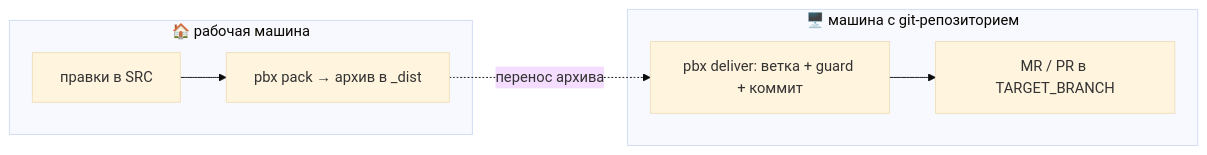
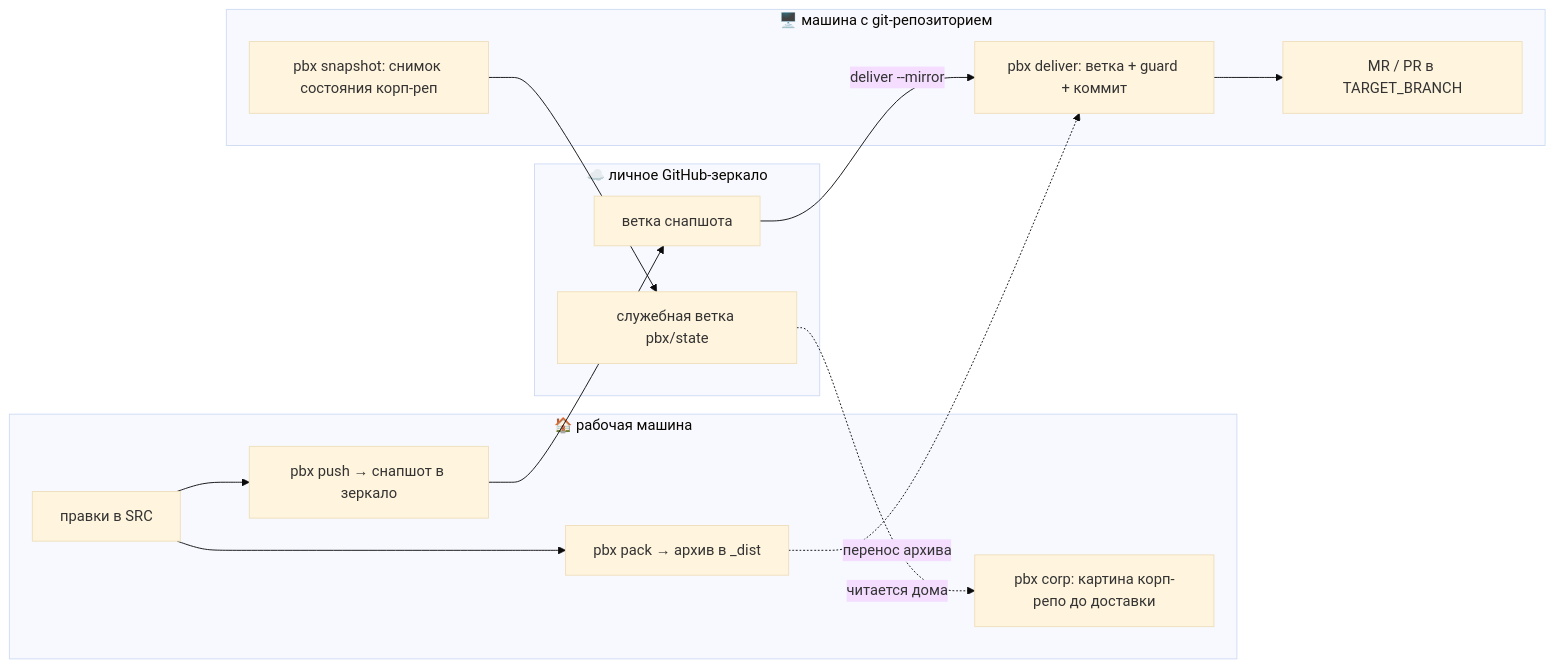
Before and after one commit to dkurokhtin/pbx: the diagram in README.md, drawn with Mermaid (base theme). The commit also changed other lines of this file and 2 other files, not shown here.

Commit message:
docs: README и анимация в актуальность Э2/Э3 — Mermaid с зеркалом и обратным потоком, полный список команд, демо с меню 12 пунктов и сценой pbx corp
Claude-Session: https://claude.ai/code/session_01PY9w6SbCoUBKbibcfxmKs6

````diff
--- a/README.md
+++ b/README.md
@@ -29,10 +29,21 @@
 ```mermaid
 flowchart LR
     subgraph home["🏠 рабочая машина"]
         edit["правки в SRC"] --> pack["pbx pack → архив в _dist"]
+        edit --> push["pbx push → снапшот в зеркало"]
+        corp["pbx corp: картина корп-репо до доставки"]
+    end
+    subgraph mirror["☁️ личное GitHub-зеркало"]
+        mbr["ветка снапшота"]
+        mst["служебная ветка pbx/state"]
     end
     subgraph host["🖥️ машина с git-репозиторием"]
         deliver["pbx deliver: ветка + guard + коммит"] --> mr["MR / PR в TARGET_BRANCH"]
+        snap["pbx snapshot: снимок состояния корп-реп"]
     end
-    pack -.->|перенос архива| deliver
+    pack -.->|"перенос архива"| deliver
+    push --> mbr
+    mbr -->|"deliver --mirror"| deliver
+    snap --> mst
+    mst -.->|"читается дома"| corp
 ```
````
